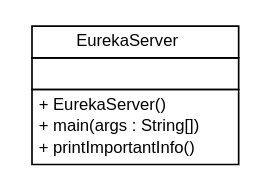
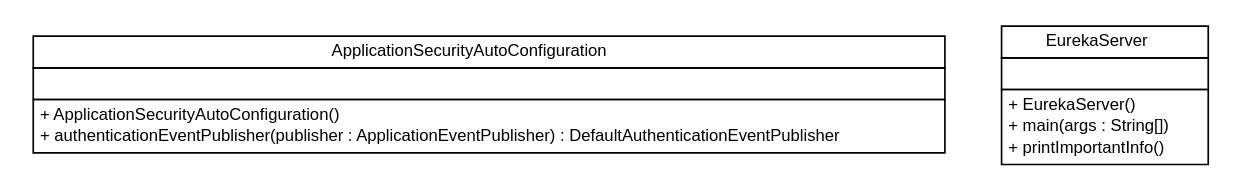
The diagram in snapshot/build-docker/spring-cloud-service-discovery/spring-cloud-eureka/spring-cloud-eureka-server/apidocs/cn/home1/cloud/netflix/eureka/server/cn.home1.cloud.netflix.eureka.server.dot (cloud-ready/cloud-ready), drawn with Graphviz before and after one commit. The commit also changed 68 other files, not shown here.

Commit message:
Creating site for spring-cloud-eureka-server-2.0.1-springboot2-SNAPSHOT

```diff
--- a/snapshot/build-docker/spring-cloud-service-discovery/spring-cloud-eureka/spring-cloud-eureka-server/apidocs/cn/home1/cloud/netflix/eureka/server/cn.home1.cloud.netflix.eureka.server.dot
+++ b/snapshot/build-docker/spring-cloud-service-discovery/spring-cloud-eureka/spring-cloud-eureka-server/apidocs/cn/home1/cloud/netflix/eureka/server/cn.home1.cloud.netflix.eureka.server.dot
@@ -1,26 +1,39 @@
 #!/usr/local/bin/dot
 #
 # Class diagram 
 # Generated by UMLGraph version R5_6-24-gf6e263 (http://www.umlgraph.org/)
 #
 
 digraph G {
 	edge [fontname="Helvetica",fontsize=10,labelfontname="Helvetica",labelfontsize=10];
 	node [fontname="Helvetica",fontsize=10,shape=plaintext];
 	nodesep=0.25;
 	ranksep=0.5;
+	// cn.home1.cloud.netflix.eureka.server.ApplicationSecurityAutoConfiguration
+	c0 [label=<<table title="cn.home1.cloud.netflix.eureka.server.ApplicationSecurityAutoConfiguration" border="0" cellborder="1" cellspacing="0" cellpadding="2" port="p" href="./ApplicationSecurityAutoConfiguration.html">
+		<tr><td><table border="0" cellspacing="0" cellpadding="1">
+<tr><td align="center" balign="center"> ApplicationSecurityAutoConfiguration </td></tr>
+		</table></td></tr>
+		<tr><td><table border="0" cellspacing="0" cellpadding="1">
+<tr><td align="left" balign="left">  </td></tr>
+		</table></td></tr>
+		<tr><td><table border="0" cellspacing="0" cellpadding="1">
+<tr><td align="left" balign="left"> + ApplicationSecurityAutoConfiguration() </td></tr>
+<tr><td align="left" balign="left"> + authenticationEventPublisher(publisher : ApplicationEventPublisher) : DefaultAuthenticationEventPublisher </td></tr>
+		</table></td></tr>
+		</table>>, URL="./ApplicationSecurityAutoConfiguration.html", fontname="Helvetica", fontcolor="black", fontsize=10.0];
 	// cn.home1.cloud.netflix.eureka.server.EurekaServer
-	c0 [label=<<table title="cn.home1.cloud.netflix.eureka.server.EurekaServer" border="0" cellborder="1" cellspacing="0" cellpadding="2" port="p" href="./EurekaServer.html">
+	c1 [label=<<table title="cn.home1.cloud.netflix.eureka.server.EurekaServer" border="0" cellborder="1" cellspacing="0" cellpadding="2" port="p" href="./EurekaServer.html">
 		<tr><td><table border="0" cellspacing="0" cellpadding="1">
 <tr><td align="center" balign="center"> EurekaServer </td></tr>
 		</table></td></tr>
 		<tr><td><table border="0" cellspacing="0" cellpadding="1">
 <tr><td align="left" balign="left">  </td></tr>
 		</table></td></tr>
 		<tr><td><table border="0" cellspacing="0" cellpadding="1">
 <tr><td align="left" balign="left"> + EurekaServer() </td></tr>
 <tr><td align="left" balign="left"> + main(args : String[]) </td></tr>
 <tr><td align="left" balign="left"> + printImportantInfo() </td></tr>
 		</table></td></tr>
 		</table>>, URL="./EurekaServer.html", fontname="Helvetica", fontcolor="black", fontsize=10.0];
 }
```
